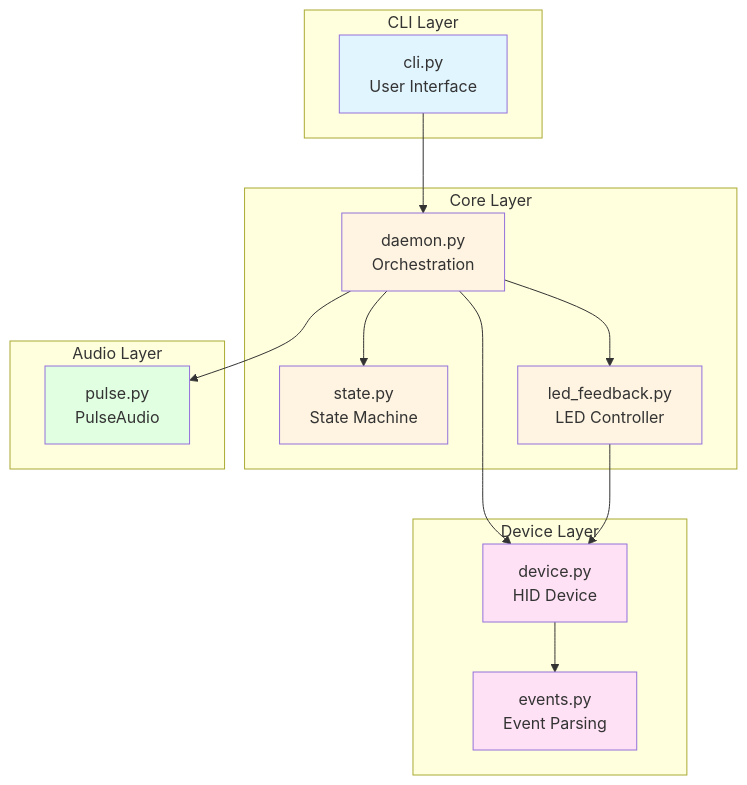
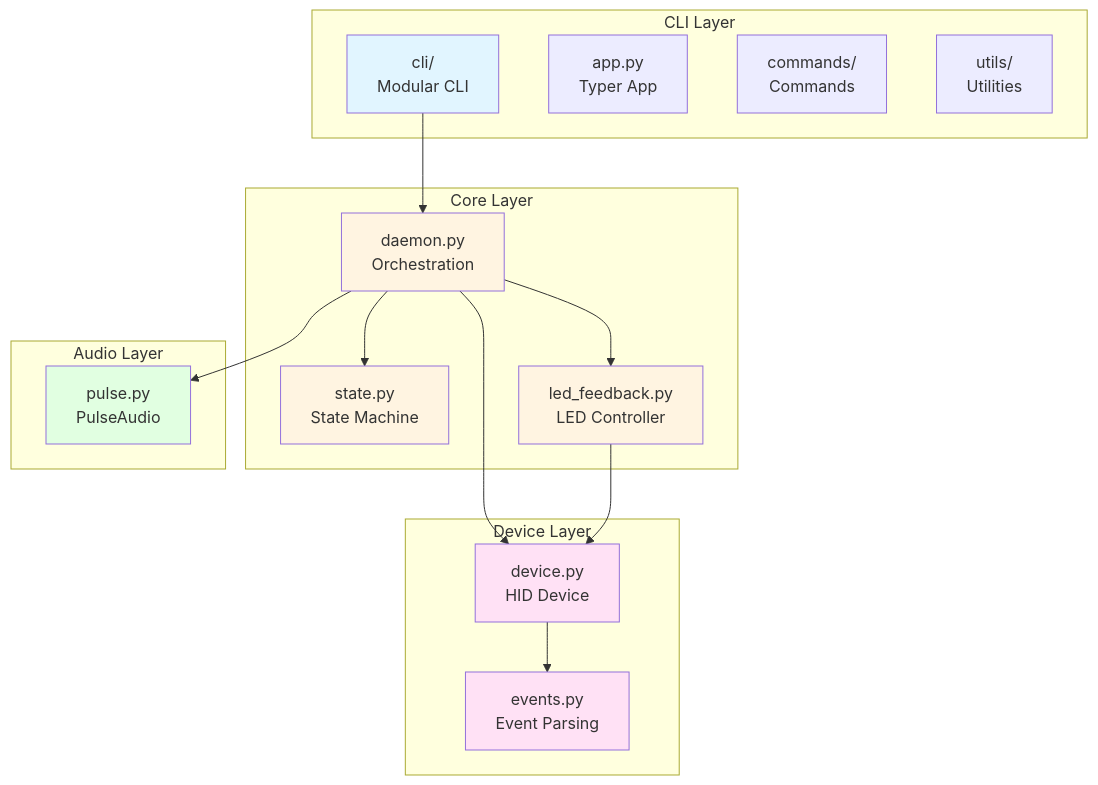
Before and after one commit to ryderstorm/muteme-button-control-linux: the first of 3 diagrams in docs/ARCHITECTURE.md, drawn with Mermaid. The commit also changed other lines of this file and 16 other files, not shown here.

First line of the commit message:
feat: modularize CLI structure into command modules and shared utilities

````diff
--- a/docs/ARCHITECTURE.md
+++ b/docs/ARCHITECTURE.md
@@ -56,37 +68,40 @@
 ```mermaid
 graph TB
     subgraph "CLI Layer"
-        CLI[cli.py<br/>User Interface]
+        CLI[cli/<br/>Modular CLI]
+        APP[app.py<br/>Typer App]
+        CMDS[commands/<br/>Commands]
+        UTILS[utils/<br/>Utilities]
     end
 
     subgraph "Core Layer"
         DAEMON[daemon.py<br/>Orchestration]
         STATE[state.py<br/>State Machine]
         LED[led_feedback.py<br/>LED Controller]
     end
 
     subgraph "Device Layer"
         DEVICE[device.py<br/>HID Device]
         EVENTS[events.py<br/>Event Parsing]
     end
 
     subgraph "Audio Layer"
         PULSE[pulse.py<br/>PulseAudio]
     end
 
     CLI --> DAEMON
     DAEMON --> STATE
     DAEMON --> LED
     DAEMON --> DEVICE
     DAEMON --> PULSE
     DEVICE --> EVENTS
     LED --> DEVICE
 
     style CLI fill:#e1f5ff
     style DAEMON fill:#fff4e1
     style STATE fill:#fff4e1
     style LED fill:#fff4e1
     style DEVICE fill:#ffe1f5
     style EVENTS fill:#ffe1f5
     style PULSE fill:#e1ffe1
 ```
````
